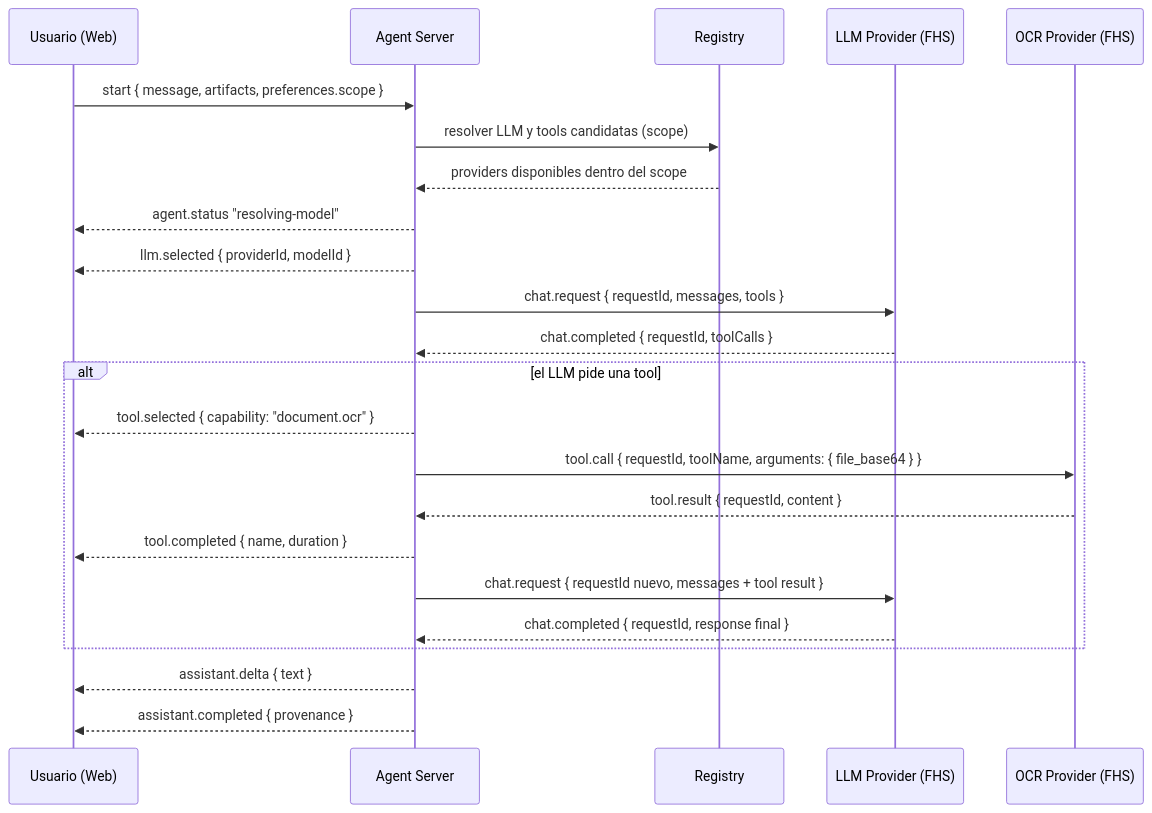
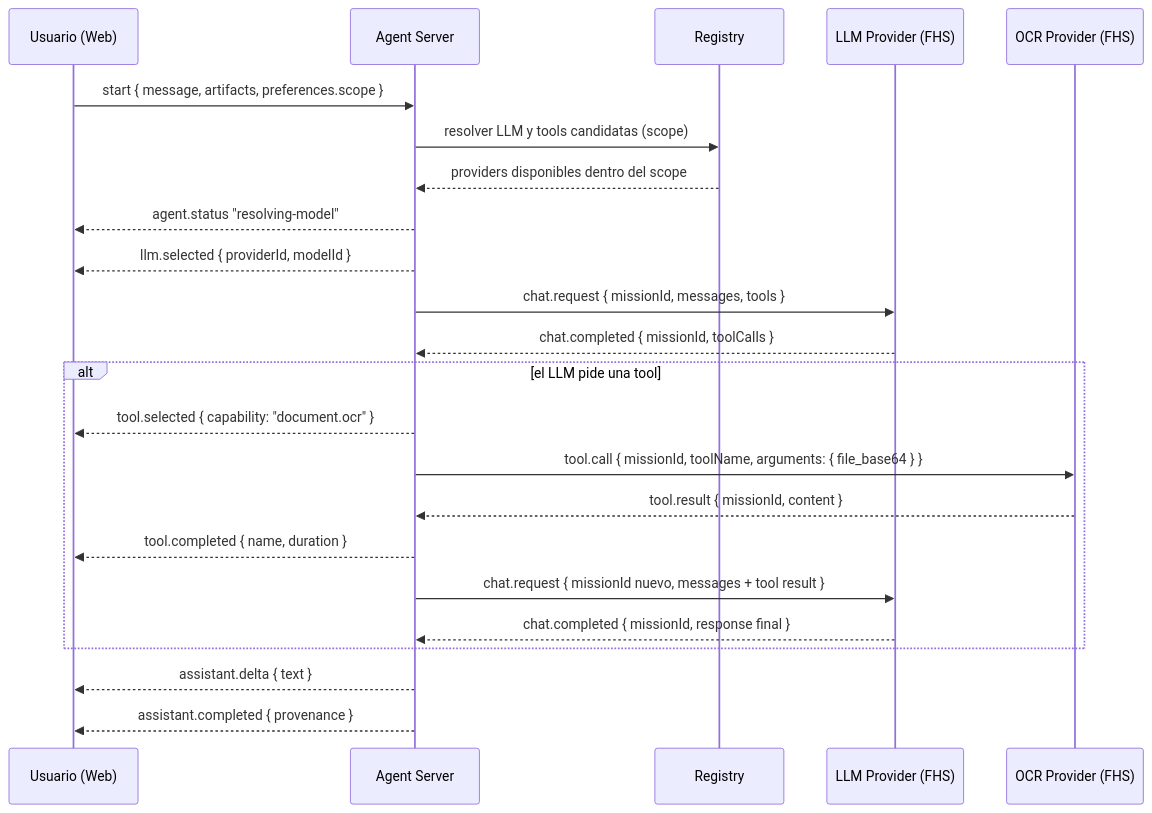
Before and after one commit to rafex/galaxIA: the third of 4 diagrams in docs/protocolo.md, drawn with Mermaid. The commit also changed other lines of this file and 13 other files, not shown here.

First line of the commit message:
feat: renombrar requestId → missionId en el wire protocol FHS (DEC-0085)

````diff
--- a/docs/protocolo.md
+++ b/docs/protocolo.md
@@ -269,29 +269,29 @@
 ```mermaid
 sequenceDiagram
     participant U as Usuario (Web)
     participant AS as Agent Server
     participant REG as Registry
     participant LLM as LLM Provider (FHS)
     participant OCR as OCR Provider (FHS)
 
     U->>AS: start { message, artifacts, preferences.scope }
     AS->>REG: resolver LLM y tools candidatas (scope)
     REG-->>AS: providers disponibles dentro del scope
     AS-->>U: agent.status "resolving-model"
     AS-->>U: llm.selected { providerId, modelId }
 
-    AS->>LLM: chat.request { requestId, messages, tools }
-    LLM-->>AS: chat.completed { requestId, toolCalls }
+    AS->>LLM: chat.request { missionId, messages, tools }
+    LLM-->>AS: chat.completed { missionId, toolCalls }
 
     alt el LLM pide una tool
         AS-->>U: tool.selected { capability: "document.ocr" }
-        AS->>OCR: tool.call { requestId, toolName, arguments: { file_base64 } }
-        OCR-->>AS: tool.result { requestId, content }
+        AS->>OCR: tool.call { missionId, toolName, arguments: { file_base64 } }
+        OCR-->>AS: tool.result { missionId, content }
         AS-->>U: tool.completed { name, duration }
-        AS->>LLM: chat.request { requestId nuevo, messages + tool result }
-        LLM-->>AS: chat.completed { requestId, response final }
+        AS->>LLM: chat.request { missionId nuevo, messages + tool result }
+        LLM-->>AS: chat.completed { missionId, response final }
     end
 
     AS-->>U: assistant.delta { text }
     AS-->>U: assistant.completed { provenance }
 ```
````
